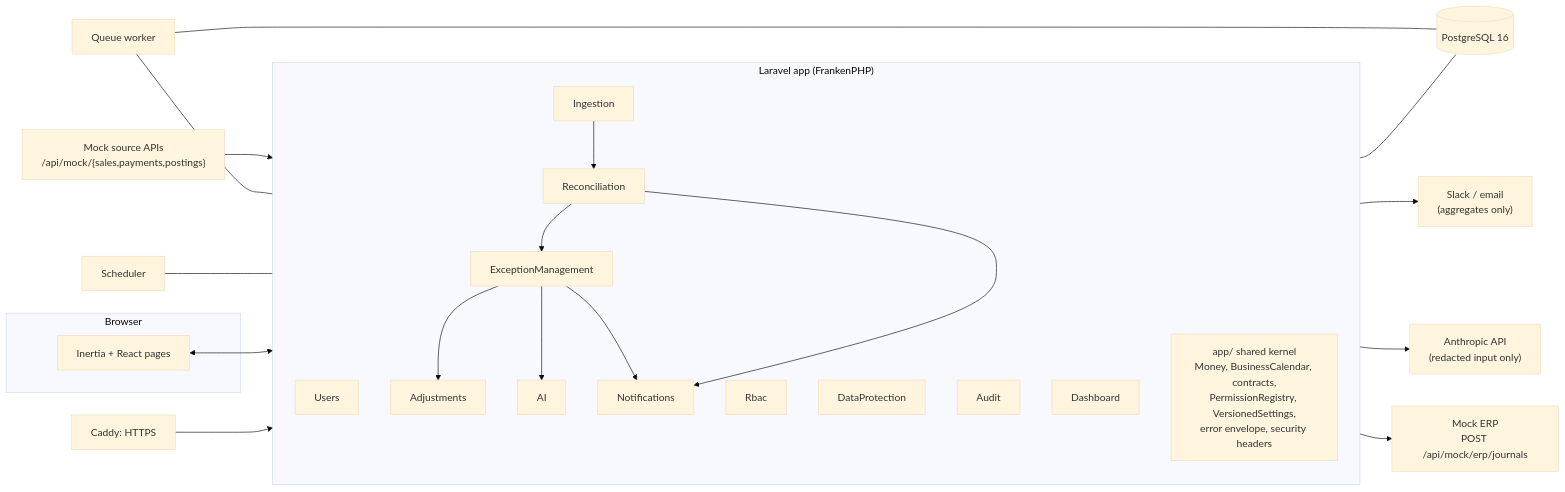
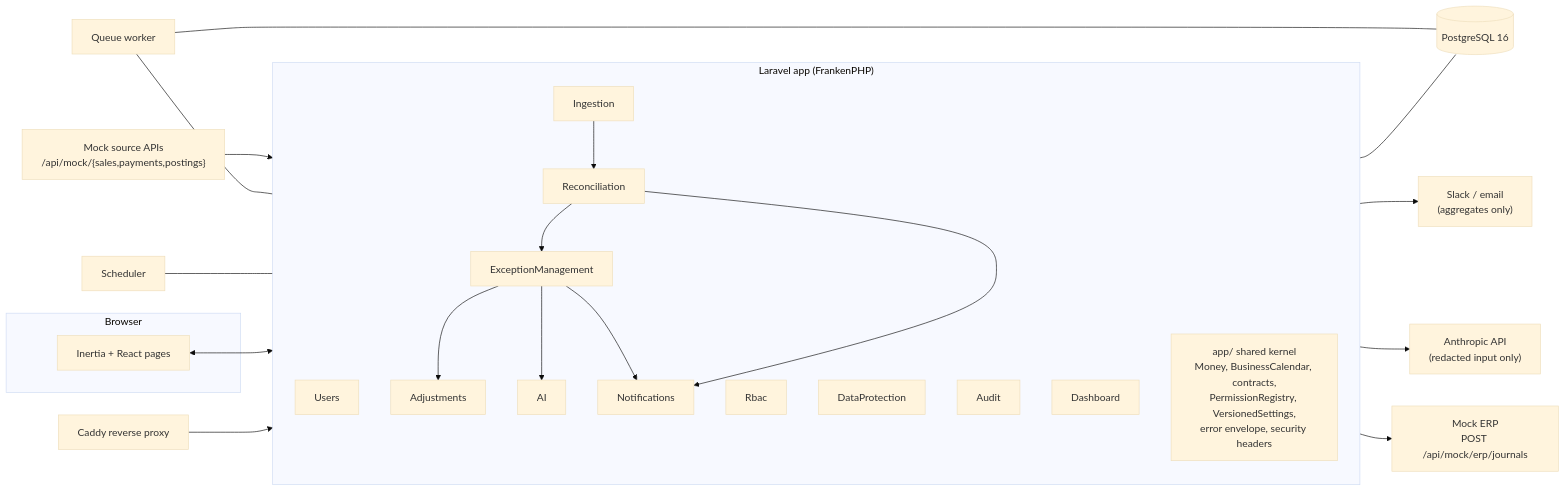
Before and after one commit to Okonu/reconflow: the first of 2 diagrams in docs/architecture.md, drawn with Mermaid (base theme). The commit also changed other lines of this file and 19 other files, not shown here.

````diff
--- a/docs/architecture.md
+++ b/docs/architecture.md
@@ -7,31 +7,31 @@
 ```mermaid
 flowchart LR
     subgraph Browser
         UI[Inertia + React pages]
     end
 
     subgraph App["Laravel app (FrankenPHP)"]
         direction TB
         Users & Rbac & DataProtection & Audit
         Ingestion --> Reconciliation --> ExceptionManagement
         ExceptionManagement --> Adjustments
         ExceptionManagement --> AI
         Reconciliation --> Notifications
         ExceptionManagement --> Notifications
         Dashboard
         Kernel["app/ shared kernel<br/>Money, BusinessCalendar, contracts,<br/>PermissionRegistry, VersionedSettings,<br/>error envelope, security headers"]
     end
 
     Worker[Queue worker] --- App
     Scheduler[Scheduler] --- App
     DB[(PostgreSQL 16)]
     App --- DB
     Worker --- DB
 
     Sources["Mock source APIs<br/>/api/mock/{sales,payments,postings}"] --> Ingestion
     Adjustments --> ERP["Mock ERP<br/>POST /api/mock/erp/journals"]
     AI --> Claude["Anthropic API<br/>(redacted input only)"]
     Notifications --> Slack["Slack / email<br/>(aggregates only)"]
     UI <--> App
-    Caddy[Caddy: HTTPS] --> App
+    Caddy[Caddy reverse proxy] --> App
 ```
````
